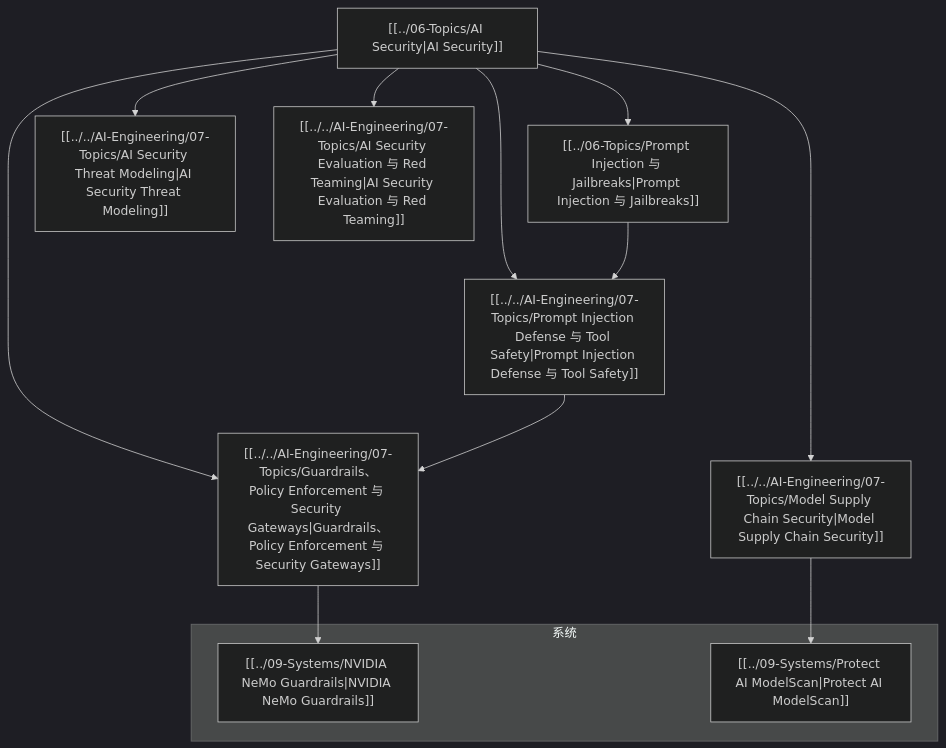
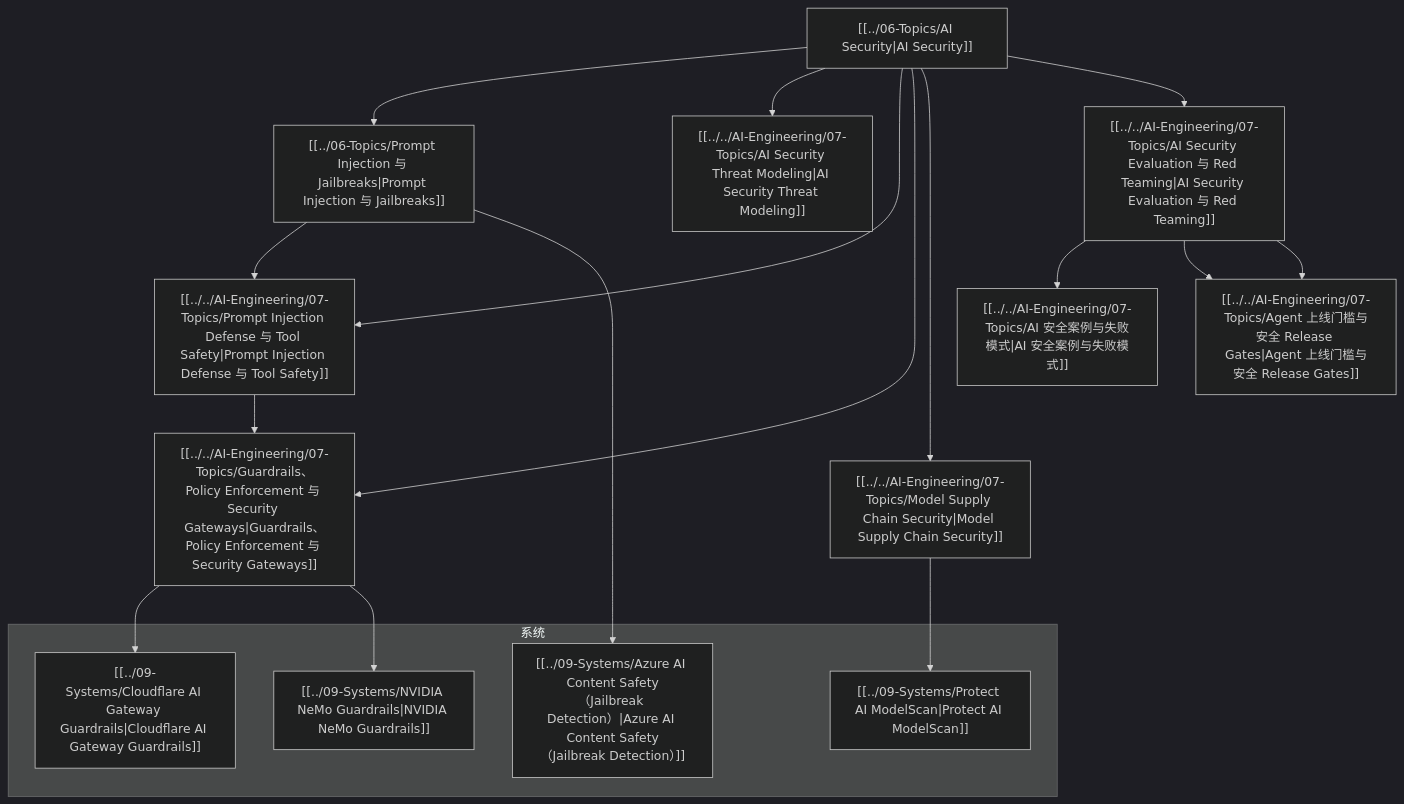
The diagram in 01-Areas/AI-Learning/07-Maps/AI Security Threat Map.md (superliyang/tony-2026), drawn with Mermaid (dark theme) before and after one commit. The commit also changed other lines of this file and 21 other files, not shown here.

````diff
--- a/01-Areas/AI-Learning/07-Maps/AI Security Threat Map.md
+++ b/01-Areas/AI-Learning/07-Maps/AI Security Threat Map.md
@@ -14,19 +14,26 @@
 ```mermaid
 flowchart TD
   S["[[../06-Topics/AI Security|AI Security]]"] --> PI["[[../06-Topics/Prompt Injection 与 Jailbreaks|Prompt Injection 与 Jailbreaks]]"]
   S --> TM["[[../../AI-Engineering/07-Topics/AI Security Threat Modeling|AI Security Threat Modeling]]"]
   S --> PD["[[../../AI-Engineering/07-Topics/Prompt Injection Defense 与 Tool Safety|Prompt Injection Defense 与 Tool Safety]]"]
   S --> GR["[[../../AI-Engineering/07-Topics/Guardrails、Policy Enforcement 与 Security Gateways|Guardrails、Policy Enforcement 与 Security Gateways]]"]
   S --> MS["[[../../AI-Engineering/07-Topics/Model Supply Chain Security|Model Supply Chain Security]]"]
   S --> RT["[[../../AI-Engineering/07-Topics/AI Security Evaluation 与 Red Teaming|AI Security Evaluation 与 Red Teaming]]"]
+  RT --> CASES["[[../../AI-Engineering/07-Topics/AI 安全案例与失败模式|AI 安全案例与失败模式]]"]
+  RT --> GATE["[[../../AI-Engineering/07-Topics/Agent 上线门槛与安全 Release Gates|Agent 上线门槛与安全 Release Gates]]"]
 
   subgraph systems["系统"]
+    ACS["[[../09-Systems/Azure AI Content Safety（Jailbreak Detection）|Azure AI Content Safety（Jailbreak Detection）]]"]
     NG["[[../09-Systems/NVIDIA NeMo Guardrails|NVIDIA NeMo Guardrails]]"]
+    CFG["[[../09-Systems/Cloudflare AI Gateway Guardrails|Cloudflare AI Gateway Guardrails]]"]
     MSCAN["[[../09-Systems/Protect AI ModelScan|Protect AI ModelScan]]"]
   end
 
   PI --> PD
+  PI --> ACS
   PD --> GR
+  GR --> CFG
   MS --> MSCAN
   GR --> NG
+  RT --> GATE
 ```
````
